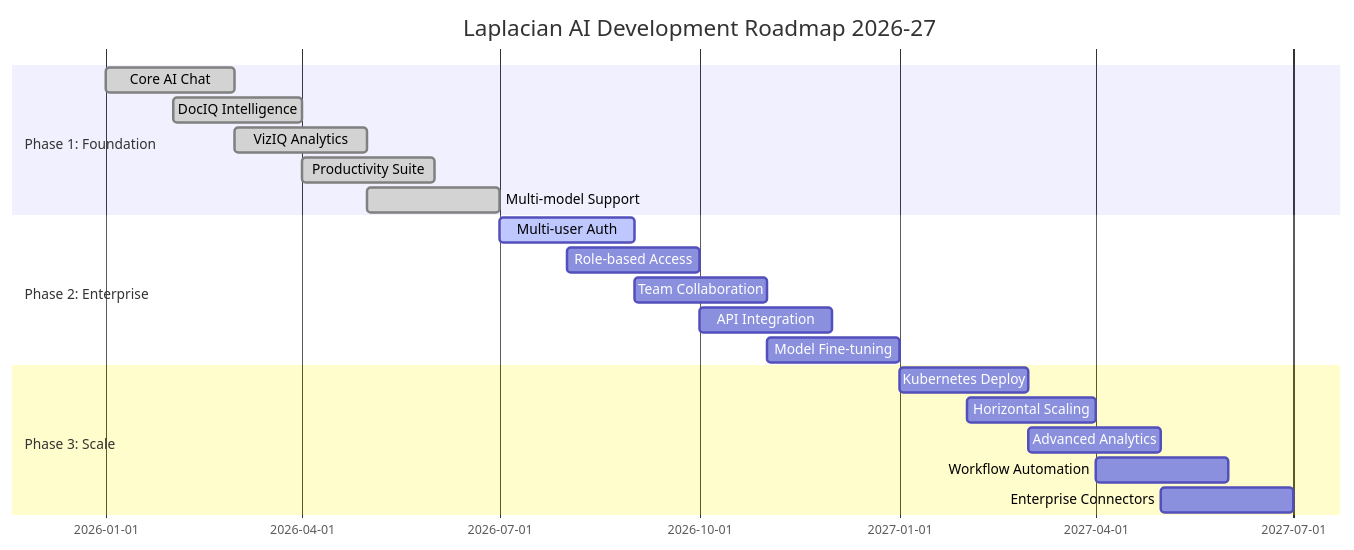
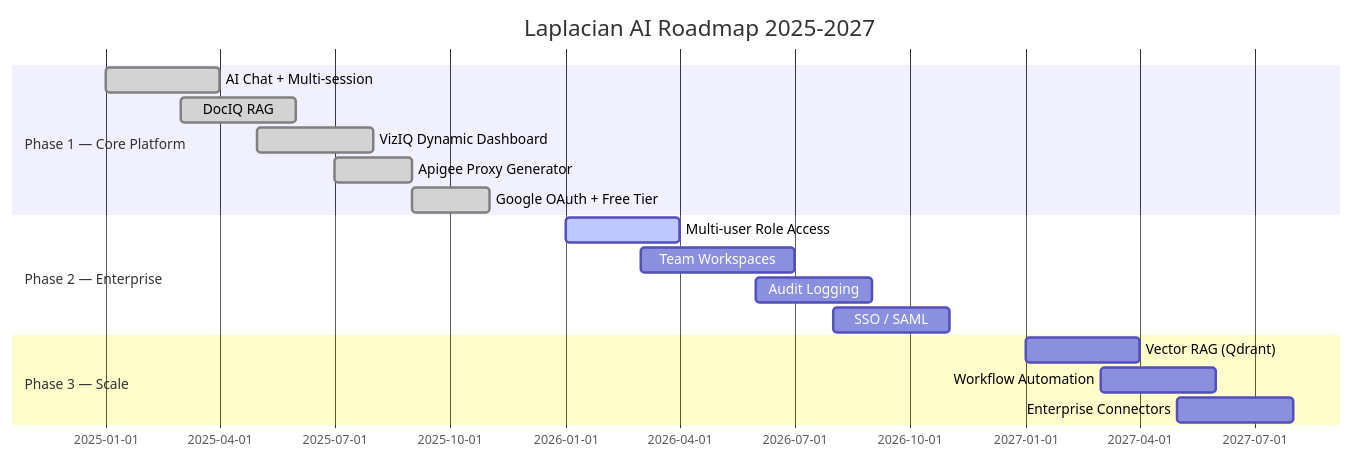
Before and after one commit to TR0J49/Axio-AI-: the sixth of 6 diagrams in README.md, drawn with Mermaid. The commit also changed other lines of this file, not shown here.

Commit message:
Update README to reflect v2.0: FastAPI, Azure OpenAI, all current features

````diff
--- a/README.md
+++ b/README.md
@@ -682,25 +568,22 @@
 ```mermaid
 gantt
-    title Laplacian AI Development Roadmap 2026-27
+    title Laplacian AI Roadmap 2025-2027
     dateFormat  YYYY-MM
-    section Phase 1: Foundation
-    Core AI Chat           :done, p1a, 2026-01, 2026-03
-    DocIQ Intelligence     :done, p1b, 2026-02, 2026-04
-    VizIQ Analytics        :done, p1c, 2026-03, 2026-05
-    Productivity Suite     :done, p1d, 2026-04, 2026-06
-    Multi-model Support    :done, p1e, 2026-05, 2026-07
+    section Phase 1 — Core Platform
+    AI Chat + Multi-session     :done, 2025-01, 2025-04
+    DocIQ RAG                   :done, 2025-03, 2025-06
+    VizIQ Dynamic Dashboard     :done, 2025-05, 2025-08
+    Apigee Proxy Generator      :done, 2025-07, 2025-09
+    Google OAuth + Free Tier    :done, 2025-09, 2025-11
 
-    section Phase 2: Enterprise
-    Multi-user Auth        :active, p2a, 2026-07, 2026-09
-    Role-based Access      :p2b, 2026-08, 2026-10
-    Team Collaboration     :p2c, 2026-09, 2026-11
-    API Integration        :p2d, 2026-10, 2026-12
-    Model Fine-tuning      :p2e, 2026-11, 2027-01
+    section Phase 2 — Enterprise
+    Multi-user Role Access      :active, 2026-01, 2026-04
+    Team Workspaces             :2026-03, 2026-07
+    Audit Logging               :2026-06, 2026-09
+    SSO / SAML                  :2026-08, 2026-11
 
-    section Phase 3: Scale
-    Kubernetes Deploy      :p3a, 2027-01, 2027-03
-    Horizontal Scaling     :p3b, 2027-02, 2027-04
-    Advanced Analytics     :p3c, 2027-03, 2027-05
-    Workflow Automation    :p3d, 2027-04, 2027-06
-    Enterprise Connectors  :p3e, 2027-05, 2027-07
+    section Phase 3 — Scale
+    Vector RAG (Qdrant)         :2027-01, 2027-04
+    Workflow Automation         :2027-03, 2027-06
+    Enterprise Connectors       :2027-05, 2027-08
 ```
````
